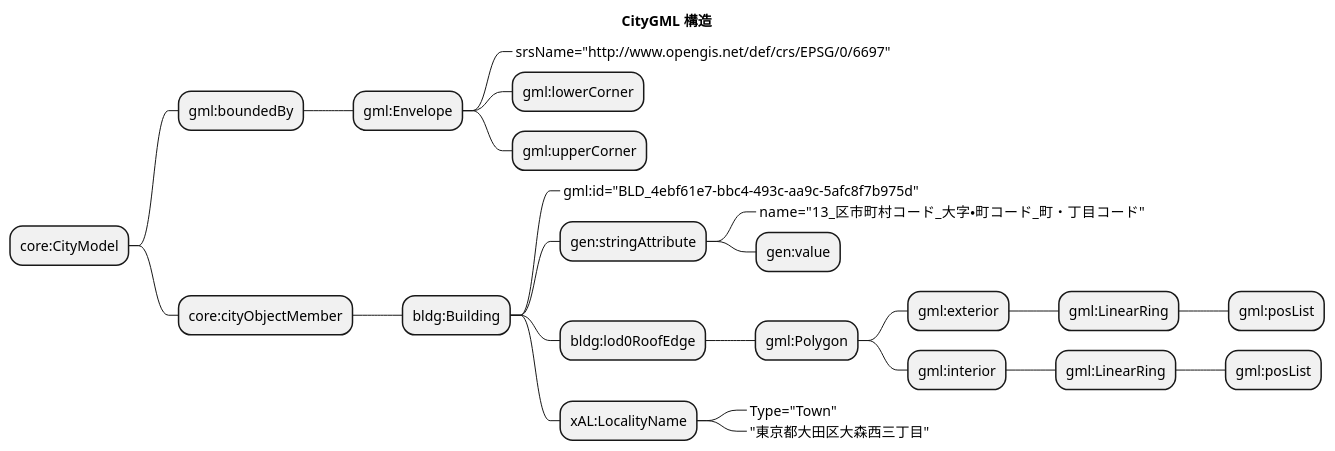
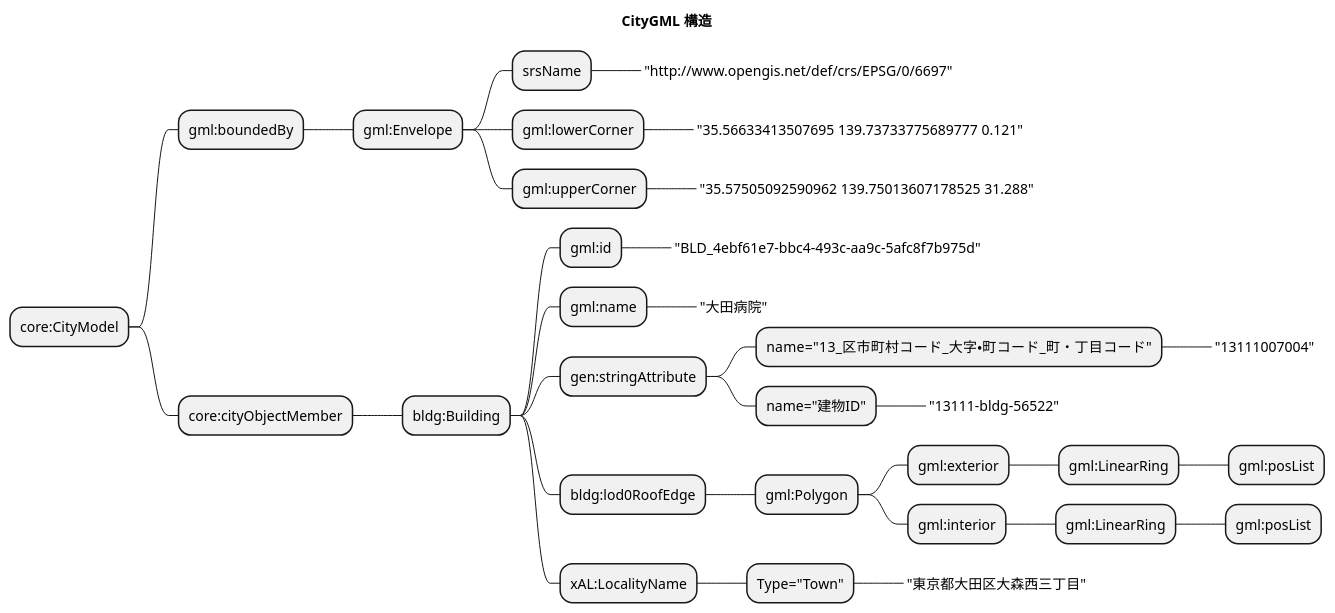
Before and after one commit to yuuhayashi/citygml-osm: the diagram in doc/citygml.mind.pu, drawn with PlantUML. The commit also changed 36 other files, not shown here.

```diff
--- a/doc/citygml.mind.pu
+++ b/doc/citygml.mind.pu
@@ -1,28 +1,36 @@
 @startmindmap
 title CityGML 構造
 
 * core:CityModel
 ** gml:boundedBy
 *** gml:Envelope
-****_ srsName="http://www.opengis.net/def/crs/EPSG/0/6697"
+**** srsName
+*****_ "http://www.opengis.net/def/crs/EPSG/0/6697"
 **** gml:lowerCorner
+*****_ "35.56633413507695 139.73733775689777 0.121"
 **** gml:upperCorner
+*****_ "35.57505092590962 139.75013607178525 31.288"
 ** core:cityObjectMember
 *** bldg:Building
-****_ gml:id="BLD_4ebf61e7-bbc4-493c-aa9c-5afc8f7b975d"
+**** gml:id
+*****_ "BLD_4ebf61e7-bbc4-493c-aa9c-5afc8f7b975d"
+**** gml:name
+*****_ "大田病院"
 **** gen:stringAttribute
-*****_ name="13_区市町村コード_大字・町コード_町・丁目コード"
-***** gen:value
+***** name="13_区市町村コード_大字・町コード_町・丁目コード"
+******_ "13111007004"
+***** name="建物ID"
+******_ "13111-bldg-56522"
 **** bldg:lod0RoofEdge
 ***** gml:Polygon
 ****** gml:exterior
 ******* gml:LinearRing
 ******** gml:posList
 ****** gml:interior
 ******* gml:LinearRing
 ******** gml:posList
 **** xAL:LocalityName
-*****_ Type="Town"
-*****_ "東京都大田区大森西三丁目"
+***** Type="Town"
+******_ "東京都大田区大森西三丁目"
 
 @endmindmap
```
